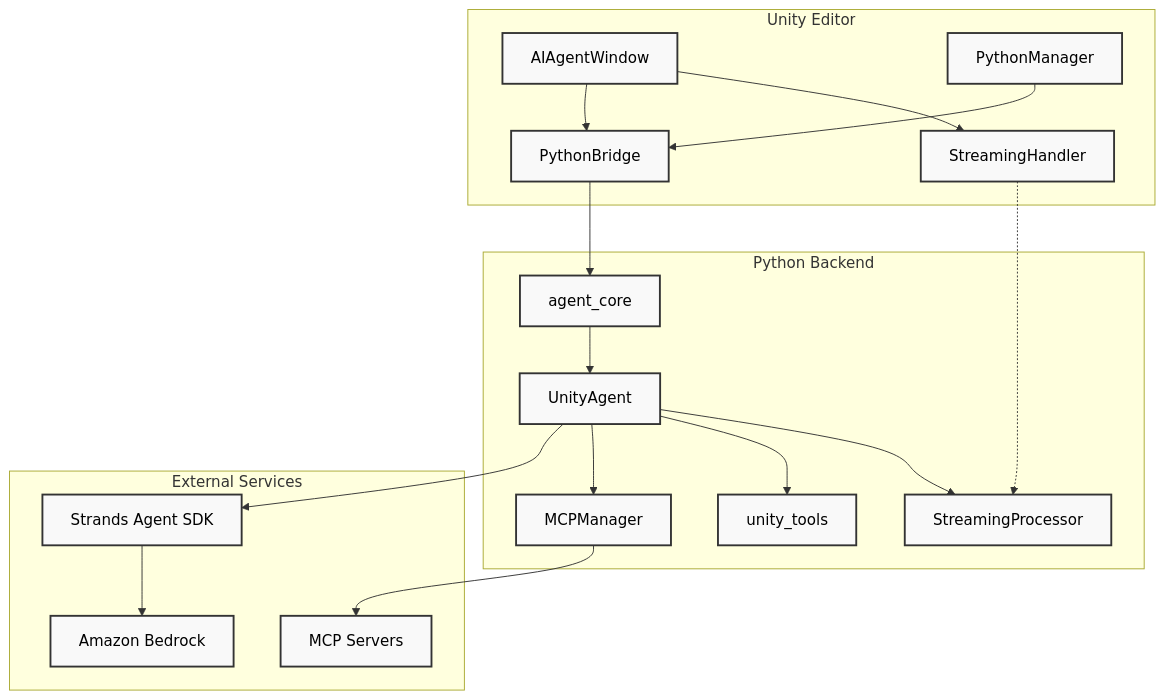
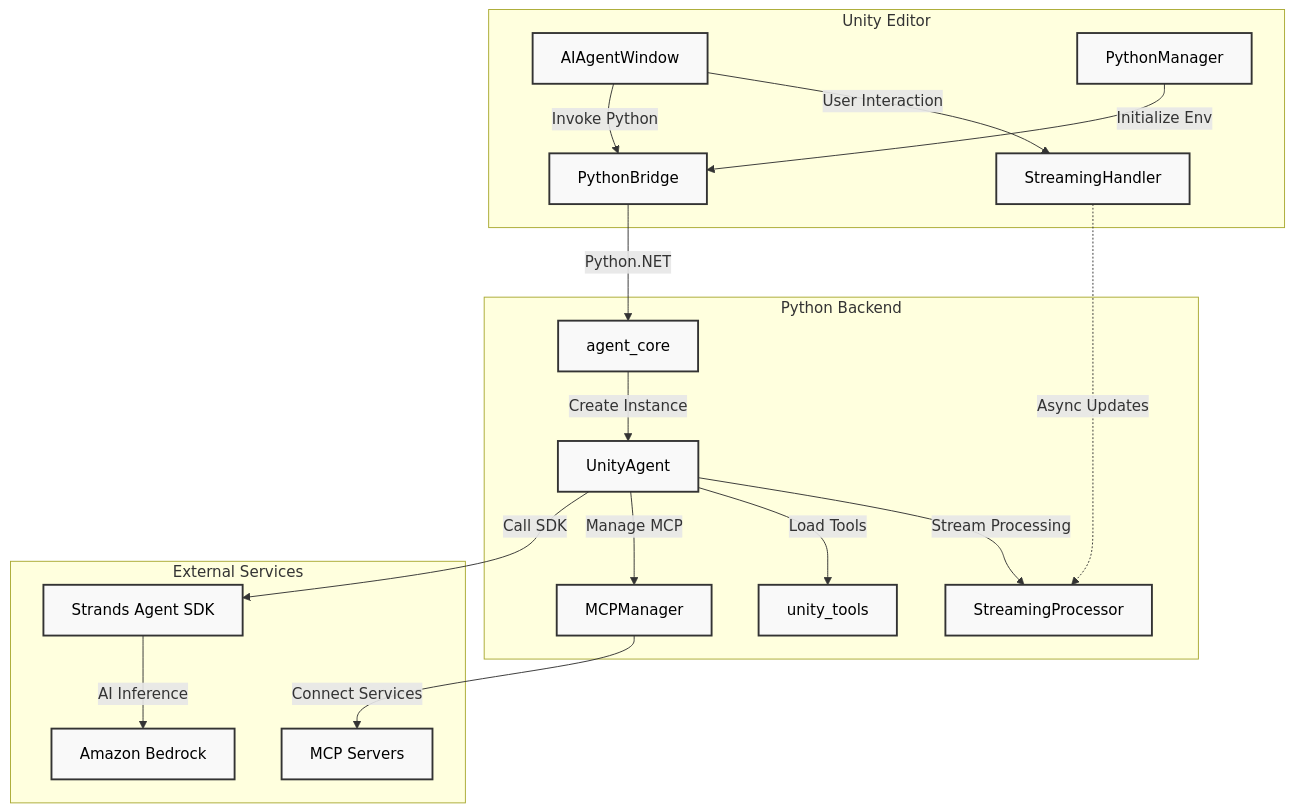
Before and after one commit to ddpie/unity-strands-agent: the second of 2 diagrams in README.md, drawn with Mermaid. The commit also changed other lines of this file, not shown here.

Commit message:
enhance README by updating component relationships in system architecture diagrams with bilingual annotations for improved clarity and understanding; ensure consistent terminology in both English and Chinese

````diff
--- a/README.md
+++ b/README.md
@@ -329,39 +329,39 @@
 ```mermaid
 graph TB
     subgraph Unity[Unity Editor]
         UI[AIAgentWindow]
         SH[StreamingHandler]
         PB[PythonBridge]
         PM[PythonManager]
     end
     
     subgraph Python[Python Backend]
         AC[agent_core]
         UA[UnityAgent]
         SP[StreamingProcessor]
         UT[unity_tools]
         MM[MCPManager]
     end
     
     subgraph External[External Services]
         SDK[Strands Agent SDK]
         AWS[Amazon Bedrock]
         MCP[MCP Servers]
     end
     
-    UI --> SH
-    UI --> PB
-    PM --> PB
-    PB --> AC
-    AC --> UA
-    UA --> SP
-    UA --> UT
-    UA --> MM
-    UA --> SDK
-    SDK --> AWS
-    MM --> MCP
-    SH -.-> SP
+    UI -->|User Interaction| SH
+    UI -->|Invoke Python| PB
+    PM -->|Initialize Env| PB
+    PB -->|Python.NET| AC
+    AC -->|Create Instance| UA
+    UA -->|Stream Processing| SP
+    UA -->|Load Tools| UT
+    UA -->|Manage MCP| MM
+    UA -->|Call SDK| SDK
+    SDK -->|AI Inference| AWS
+    MM -->|Connect Services| MCP
+    SH -.->|Async Updates| SP
     
     classDef default fill:#f9f9f9,stroke:#333,stroke-width:2px,color:#000
     classDef external fill:#fff,stroke:#666,stroke-width:2px,color:#000
 ```
````
